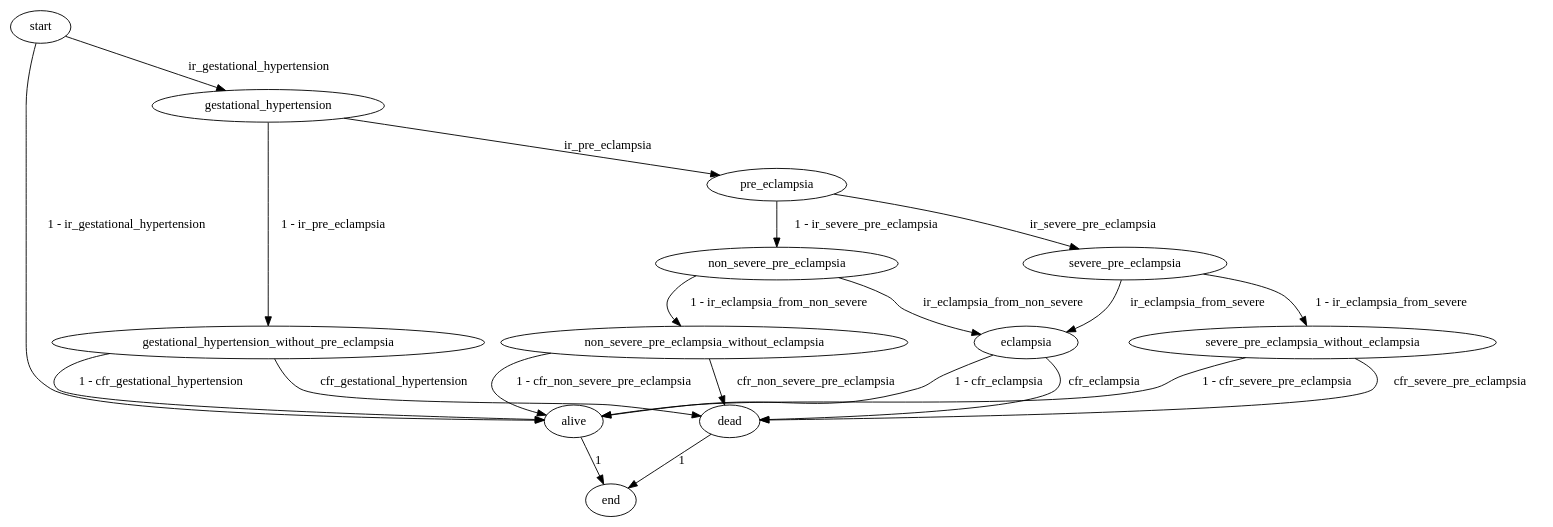
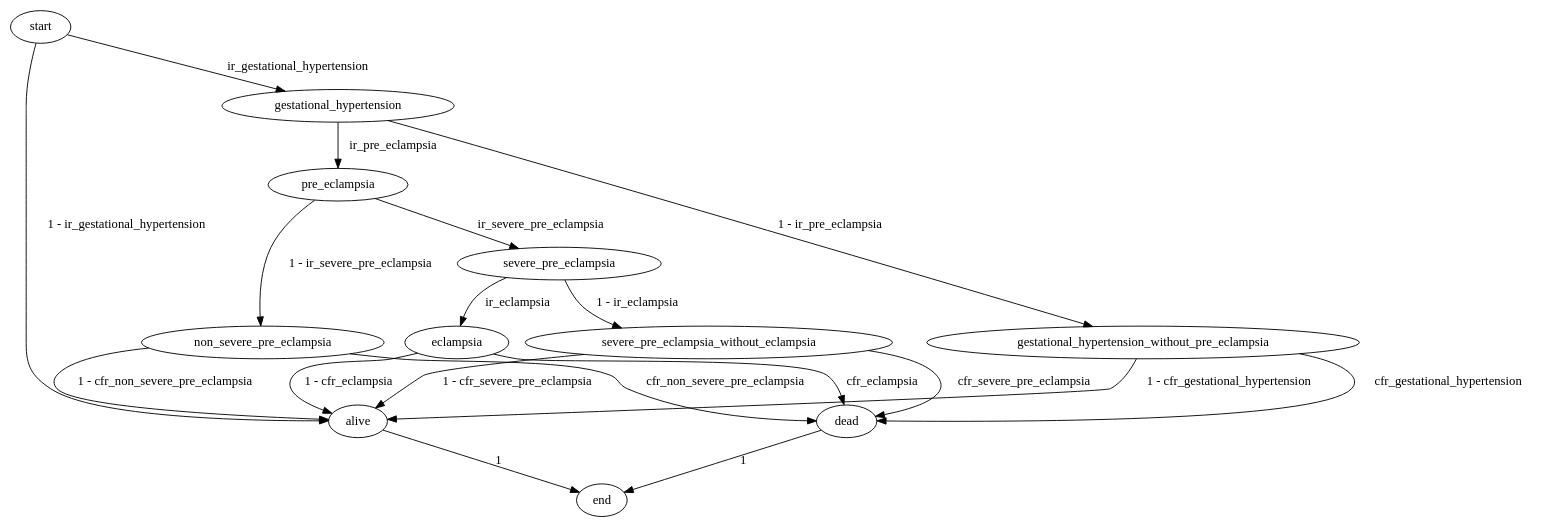
One commit to ihmeuw/vivarium_research changed the diagram in docs/source/models/causes/maternal_disorders/gbd_2021_mncnh/hypertensive_disorders_of_pregnancy.rst. Above: the diagram before and after it, drawn with Graphviz. The commit also changed other lines of this file and 2 other files, not shown here.

```diff
--- a/docs/source/models/causes/maternal_disorders/gbd_2021_mncnh/hypertensive_disorders_of_pregnancy.rst
+++ b/docs/source/models/causes/maternal_disorders/gbd_2021_mncnh/hypertensive_disorders_of_pregnancy.rst
@@ -230,29 +238,27 @@
 .. graphviz::
 
     digraph hypertensive_disorders_decisions {
         start
         end
         alive
         dead
 
         start -> alive [label = "1 - ir_gestational_hypertension"]
         start -> gestational_hypertension [label = "ir_gestational_hypertension"]
         gestational_hypertension -> gestational_hypertension_without_pre_eclampsia [label = "1 - ir_pre_eclampsia"]
         gestational_hypertension -> pre_eclampsia [label = "ir_pre_eclampsia"]
         pre_eclampsia -> non_severe_pre_eclampsia [label = "1 - ir_severe_pre_eclampsia"]
         pre_eclampsia -> severe_pre_eclampsia [label = "ir_severe_pre_eclampsia"]
-        severe_pre_eclampsia -> severe_pre_eclampsia_without_eclampsia [label = "1 - ir_eclampsia_from_severe"]
-        severe_pre_eclampsia -> eclampsia [label = "ir_eclampsia_from_severe"]
+        severe_pre_eclampsia -> severe_pre_eclampsia_without_eclampsia [label = "1 - ir_eclampsia"]
+        severe_pre_eclampsia -> eclampsia [label = "ir_eclampsia"]
         severe_pre_eclampsia_without_eclampsia -> alive [label = "1 - cfr_severe_pre_eclampsia"]
         severe_pre_eclampsia_without_eclampsia -> dead [label = "cfr_severe_pre_eclampsia"]
-        non_severe_pre_eclampsia -> eclampsia [label = "ir_eclampsia_from_non_severe"]
-        non_severe_pre_eclampsia -> non_severe_pre_eclampsia_without_eclampsia [label = "1 - ir_eclampsia_from_non_severe"]
         gestational_hypertension_without_pre_eclampsia -> alive [label = "1 - cfr_gestational_hypertension"]
         gestational_hypertension_without_pre_eclampsia -> dead [label = "cfr_gestational_hypertension"]
-        non_severe_pre_eclampsia_without_eclampsia -> alive [label = "1 - cfr_non_severe_pre_eclampsia"]
-        non_severe_pre_eclampsia_without_eclampsia -> dead [label = "cfr_non_severe_pre_eclampsia"]
+        non_severe_pre_eclampsia -> alive [label = "1 - cfr_non_severe_pre_eclampsia"]
+        non_severe_pre_eclampsia -> dead [label = "cfr_non_severe_pre_eclampsia"]
         eclampsia -> alive [label = "1 - cfr_eclampsia"]
         eclampsia -> dead [label = "cfr_eclampsia"]
         alive -> end  [label = "1"]
         dead -> end  [label = "1"]
     }
```
